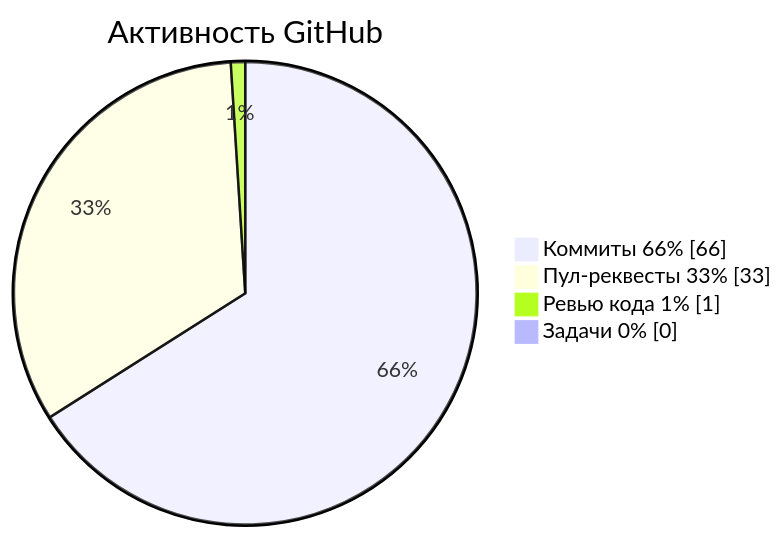
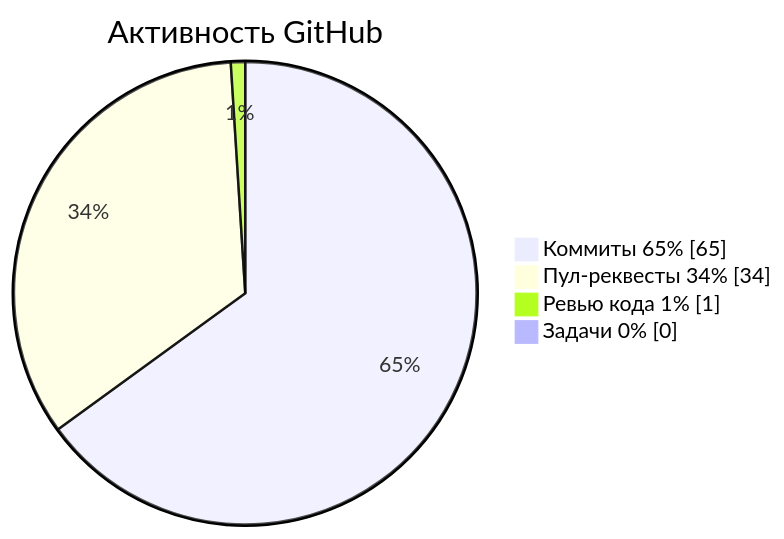
Before and after one commit to krotname/KrotName: the diagram in README.md, drawn with Mermaid. The commit also changed other lines of this file and 1 other file, not shown here.

Commit message:
Update profile metrics

````diff
--- a/README.md
+++ b/README.md
@@ -46,8 +46,8 @@
 ```mermaid
 pie showData
     title Активность GitHub
-    "Коммиты 66%" : 66
-    "Пул-реквесты 33%" : 33
+    "Коммиты 65%" : 65
+    "Пул-реквесты 34%" : 34
     "Ревью кода 1%" : 1
     "Задачи 0%" : 0
 ```
````
